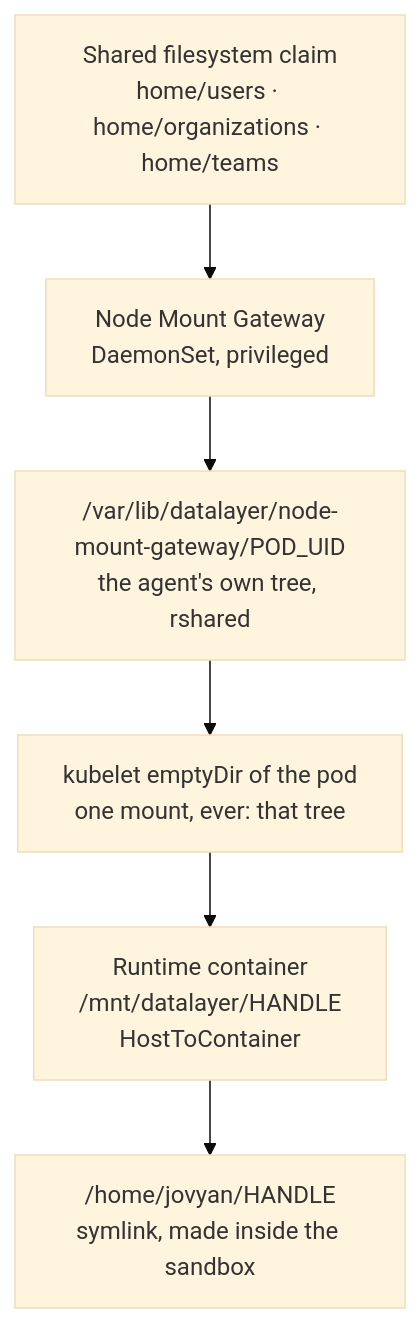
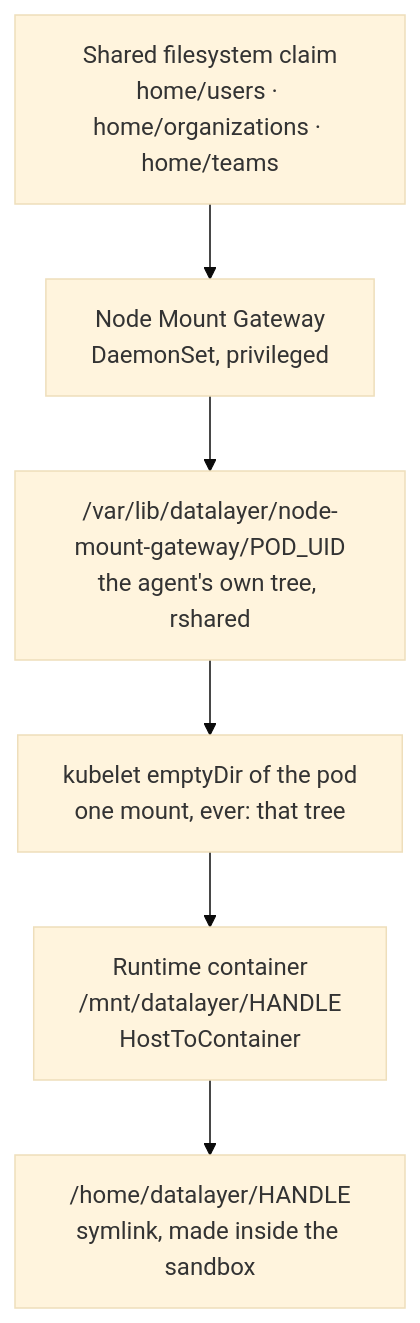
Before and after one commit to datalayer/clouder: the diagram in docs/docs/services/01-system/13-node-mount-gateway/index.mdx, drawn with Mermaid (base theme). The commit also changed other lines of this file and 14 other files, not shown here.

```diff
--- a/docs/docs/services/01-system/13-node-mount-gateway/index.mdx
+++ b/docs/docs/services/01-system/13-node-mount-gateway/index.mdx
@@ -86,10 +86,10 @@
 ~~~mermaid
 flowchart TB
   claim["Shared filesystem claim<br/>home/users · home/organizations · home/teams"]
   agent["Node Mount Gateway<br/>DaemonSet, privileged"]
   tree["/var/lib/datalayer/node-mount-gateway/POD_UID<br/>the agent's own tree, rshared"]
   vol["kubelet emptyDir of the pod<br/>one mount, ever: that tree"]
   pod["Runtime container<br/>/mnt/datalayer/HANDLE<br/>HostToContainer"]
-  home["/home/jovyan/HANDLE<br/>symlink, made inside the sandbox"]
+  home["/home/datalayer/HANDLE<br/>symlink, made inside the sandbox"]
   claim --> agent --> tree --> vol --> pod --> home
 ~~~
```
